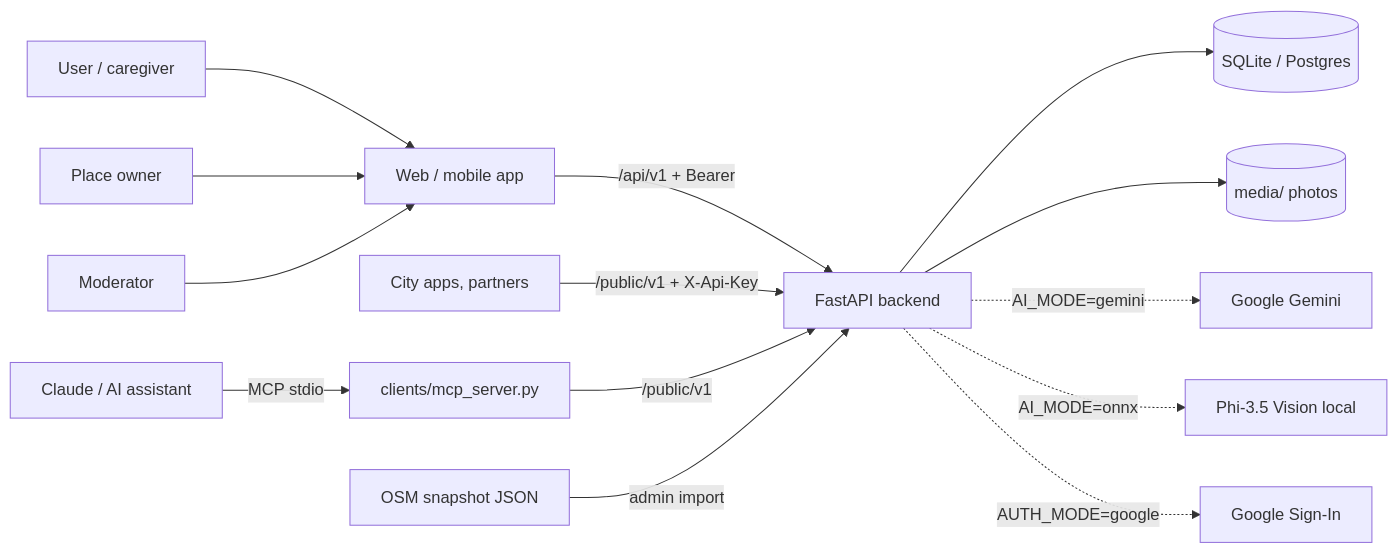
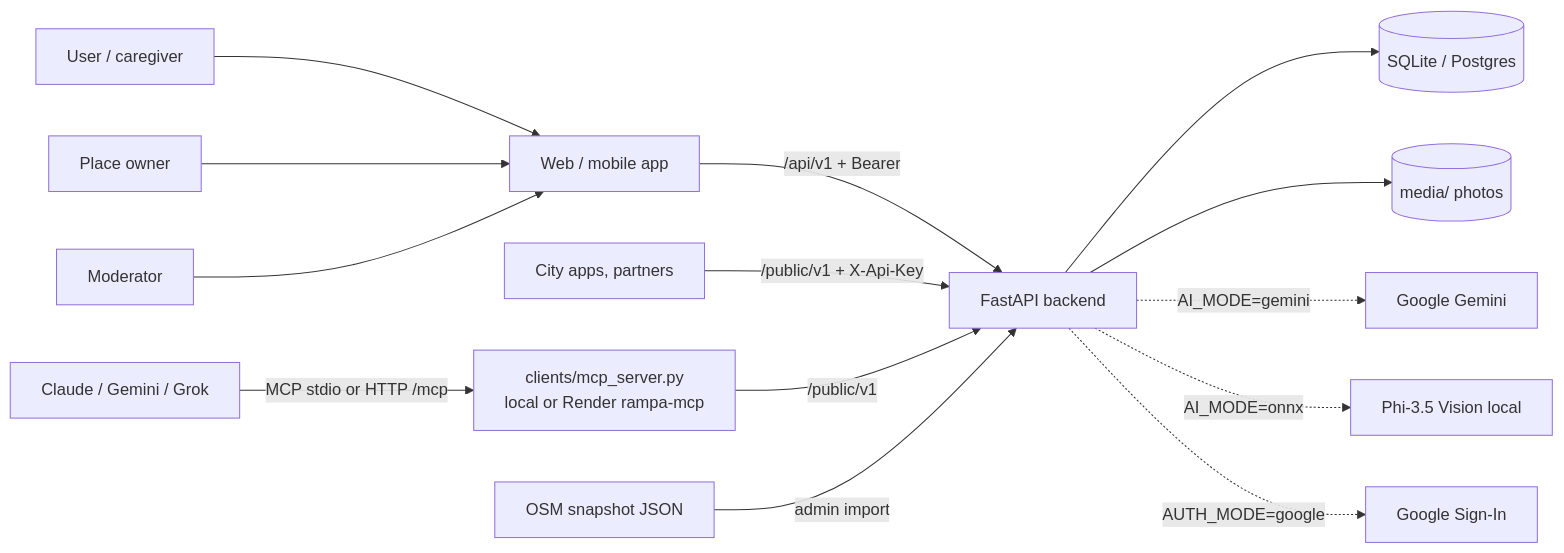
Before and after one commit to HakerSII/rampa-backend: the diagram in docs/README.md, drawn with Mermaid. The commit also changed other lines of this file and 15 other files, not shown here.

Commit message:
F41 green: public remote MCP (Streamable HTTP), Dockerfile.mcp, compose service, docs/mcp.md

````diff
--- a/docs/README.md
+++ b/docs/README.md
@@ -39,15 +40,15 @@
 ```mermaid
 flowchart LR
     U[User / caregiver] --> FE[Web / mobile app]
     O[Place owner] --> FE
     A[Moderator] --> FE
     FE -->|/api/v1 + Bearer| API[FastAPI backend]
     EXT[City apps, partners] -->|/public/v1 + X-Api-Key| API
-    CL[Claude / AI assistant] -->|MCP stdio| MCP[clients/mcp_server.py] -->|/public/v1| API
+    CL[Claude / Gemini / Grok] -->|MCP stdio or HTTP /mcp| MCP[clients/mcp_server.py<br/>local or Render rampa-mcp] -->|/public/v1| API
     API --> DB[(SQLite / Postgres)]
     API --> M[(media/ photos)]
     API -.->|AI_MODE=gemini| G[Google Gemini]
     API -.->|AI_MODE=onnx| P[Phi-3.5 Vision local]
     API -.->|AUTH_MODE=google| GA[Google Sign-In]
     OSM[OSM snapshot JSON] -->|admin import| API
 ```
````
